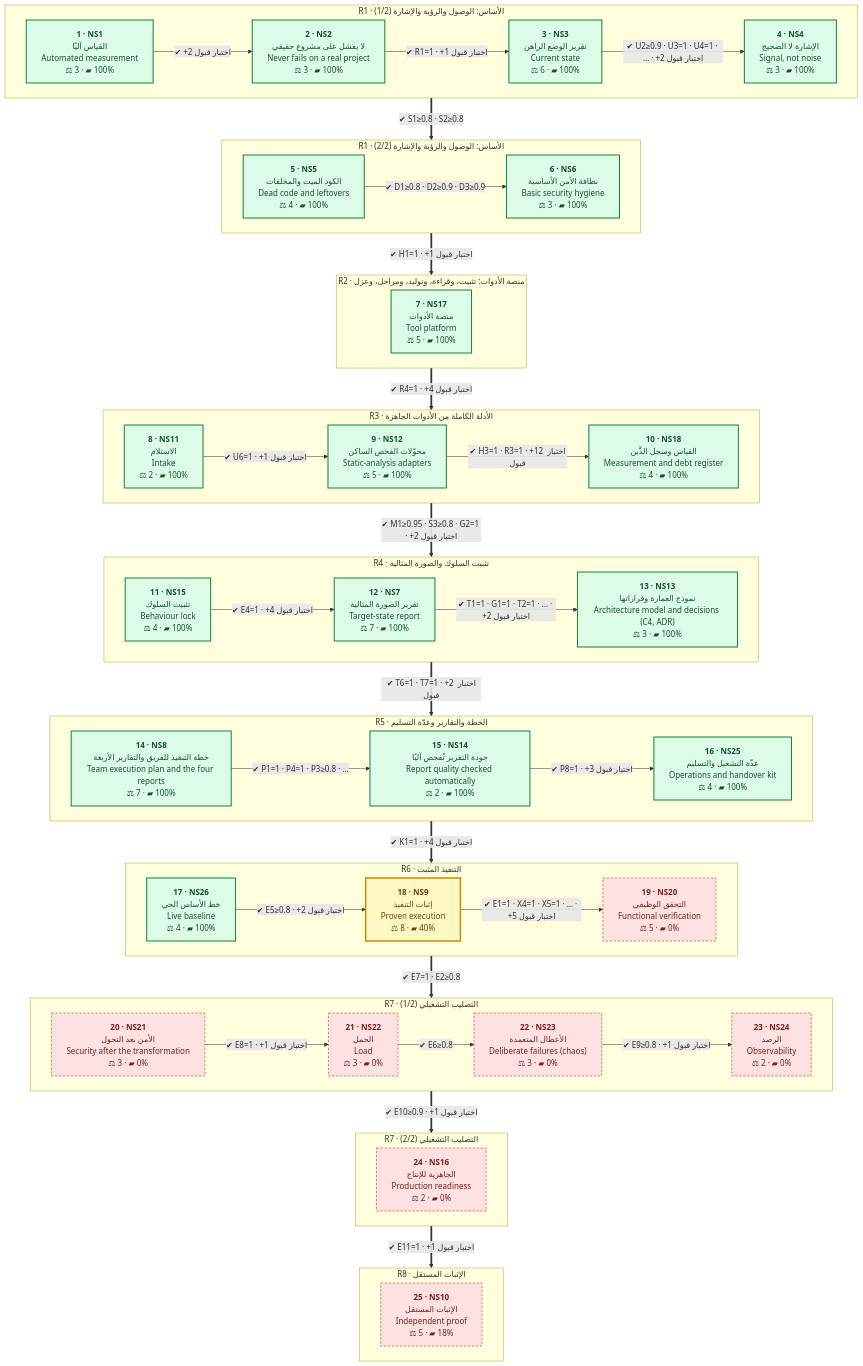
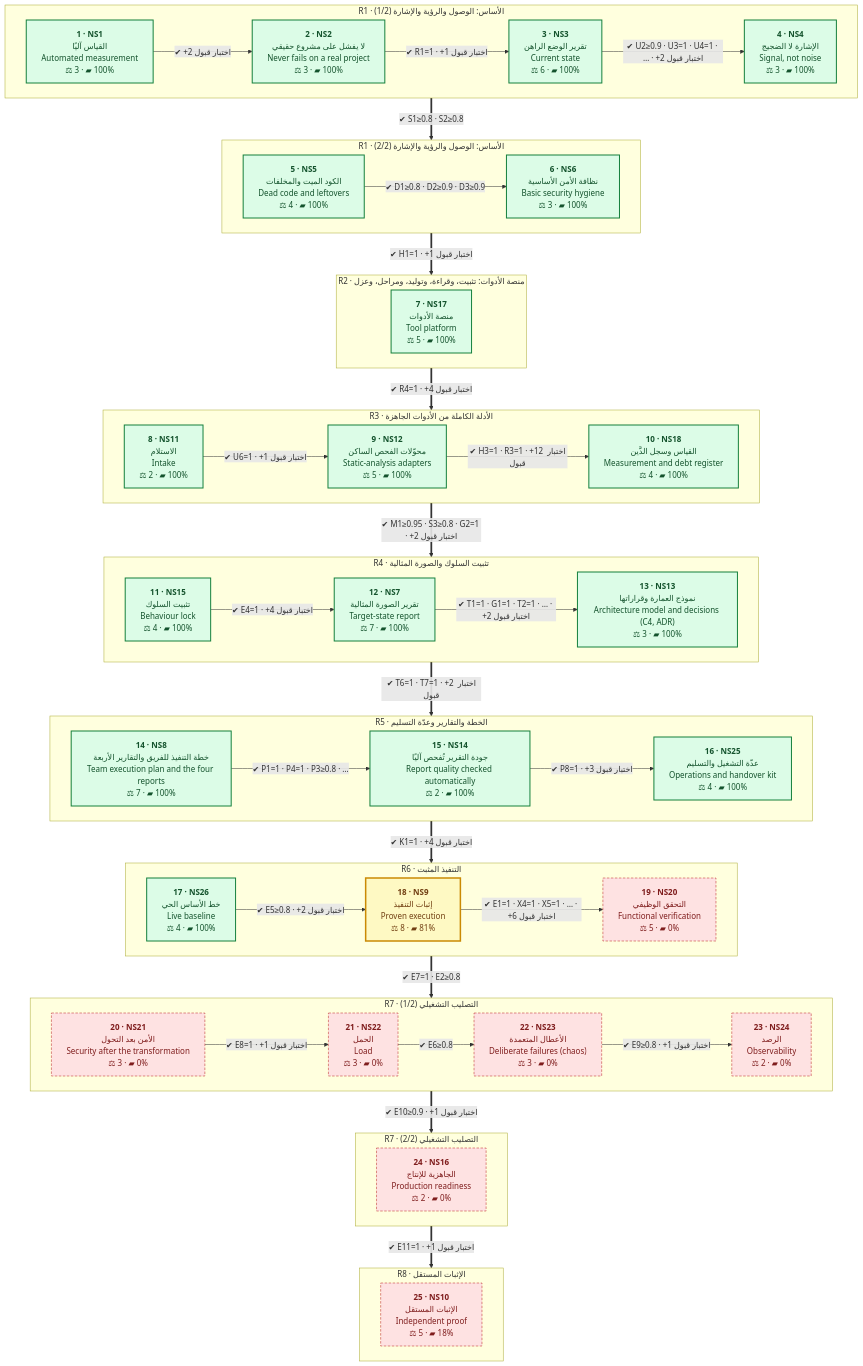
The second of 2 diagrams in README.md (eom1417/engineering-audit-os), drawn with Mermaid before and after one commit. The commit also changed other lines of this file and 8 other files, not shown here.

```diff
--- a/README.md
+++ b/README.md
@@ -295,10 +295,10 @@
     subgraph R6_1["R6 · التنفيذ المثبت"]
         direction LR
         NS26["<b>17 · NS26</b><br/>خط الأساس الحي<br/>Live baseline<br/>⚖ 4 · ▰ 100%"]:::done
-        NS9["<b>18 · NS9</b><br/>إثبات التنفيذ<br/>Proven execution<br/>⚖ 8 · ▰ 40%"]:::current
+        NS9["<b>18 · NS9</b><br/>إثبات التنفيذ<br/>Proven execution<br/>⚖ 8 · ▰ 81%"]:::current
         NS20["<b>19 · NS20</b><br/>التحقق الوظيفي<br/>Functional verification<br/>⚖ 5 · ▰ 0%"]:::owner
         NS26 -->|"✔ E5≥0.8 · +2 اختبار قبول"| NS9
-        NS9 -->|"✔ E1=1 · X4=1 · X5=1 · … · +5 اختبار قبول"| NS20
+        NS9 -->|"✔ E1=1 · X4=1 · X5=1 · … · +6 اختبار قبول"| NS20
     end
     subgraph R7_1["R7 · التصليب التشغيلي (1/2)"]
         direction LR
```
